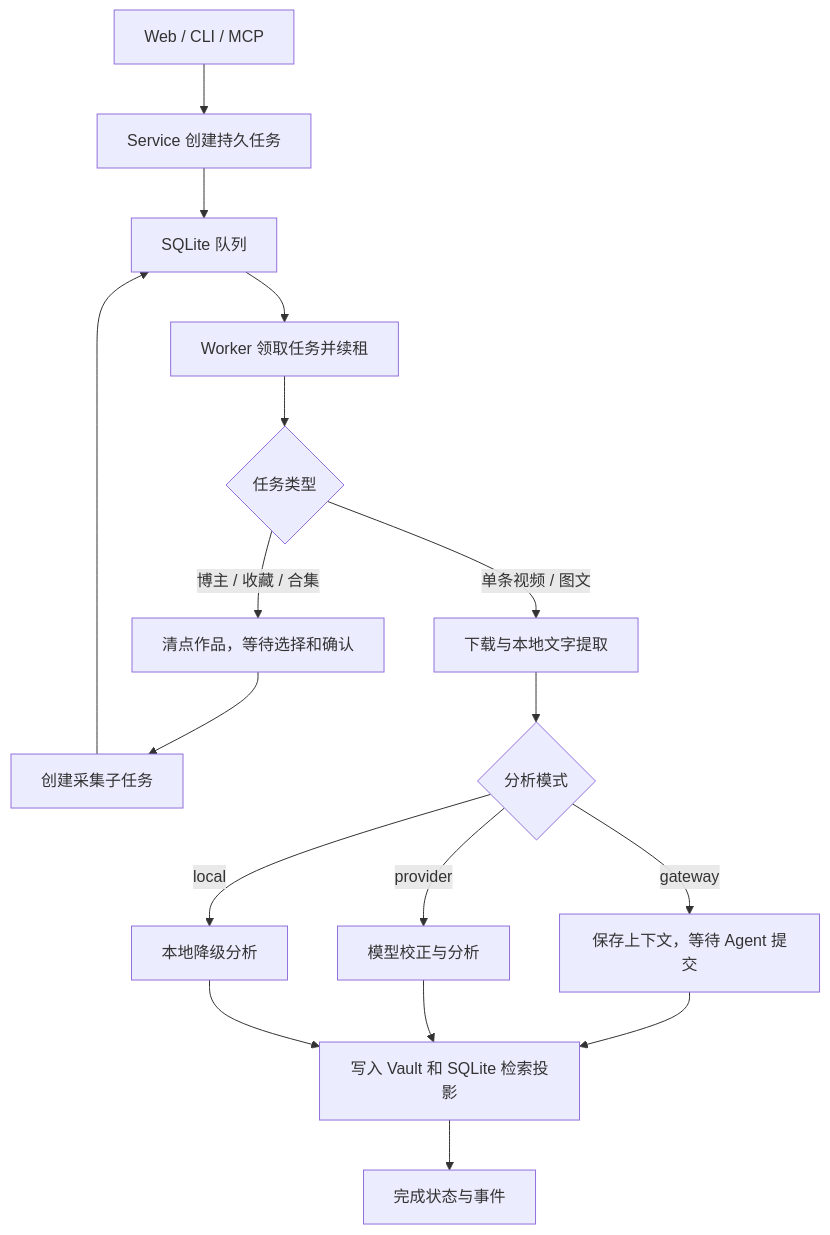
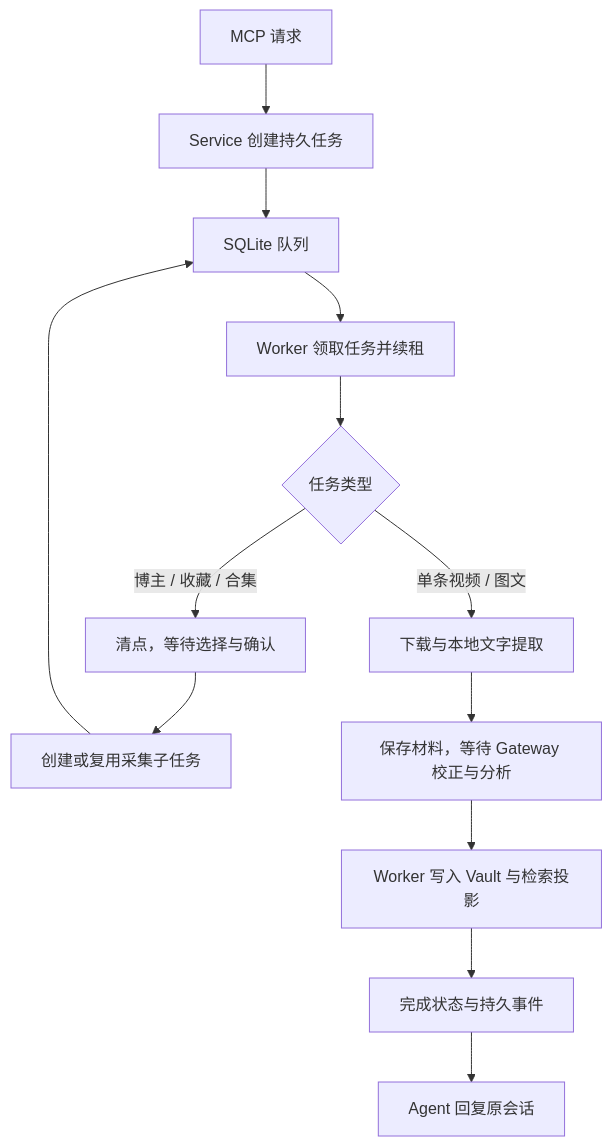
The diagram in docs/architecture.md (WYgao29/Dou-wiki), drawn with Mermaid before and after one commit. The commit also changed other lines of this file and 20 other files, not shown here.

````diff
--- a/docs/architecture.md
+++ b/docs/architecture.md
@@ -20,19 +11,15 @@
 ```mermaid
 flowchart TD
-    entry[Web / CLI / MCP] --> service[Service 创建持久任务]
+    entry[MCP 请求] --> service[Service 创建持久任务]
     service --> queue[SQLite 队列]
     queue --> worker[Worker 领取任务并续租]
     worker --> kind{任务类型}
-    kind -->|博主 / 收藏 / 合集| inventory[清点作品，等待选择和确认]
-    inventory --> children[创建采集子任务]
+    kind -->|博主 / 收藏 / 合集| inventory[清点，等待选择与确认]
+    inventory --> children[创建或复用采集子任务]
     children --> queue
     kind -->|单条视频 / 图文| media[下载与本地文字提取]
-    media --> mode{分析模式}
-    mode -->|gateway| agent[保存上下文，等待 Agent 提交]
-    mode -->|provider| provider[模型校正与分析]
-    mode -->|local| local[本地降级分析]
-    agent --> publish[写入 Vault 和 SQLite 检索投影]
-    provider --> publish
-    local --> publish
-    publish --> done[完成状态与事件]
+    media --> agent[保存材料，等待 Gateway 校正与分析]
+    agent --> publish[Worker 写入 Vault 与检索投影]
+    publish --> done[完成状态与持久事件]
+    done --> reply[Agent 回复原会话]
 ```
````
